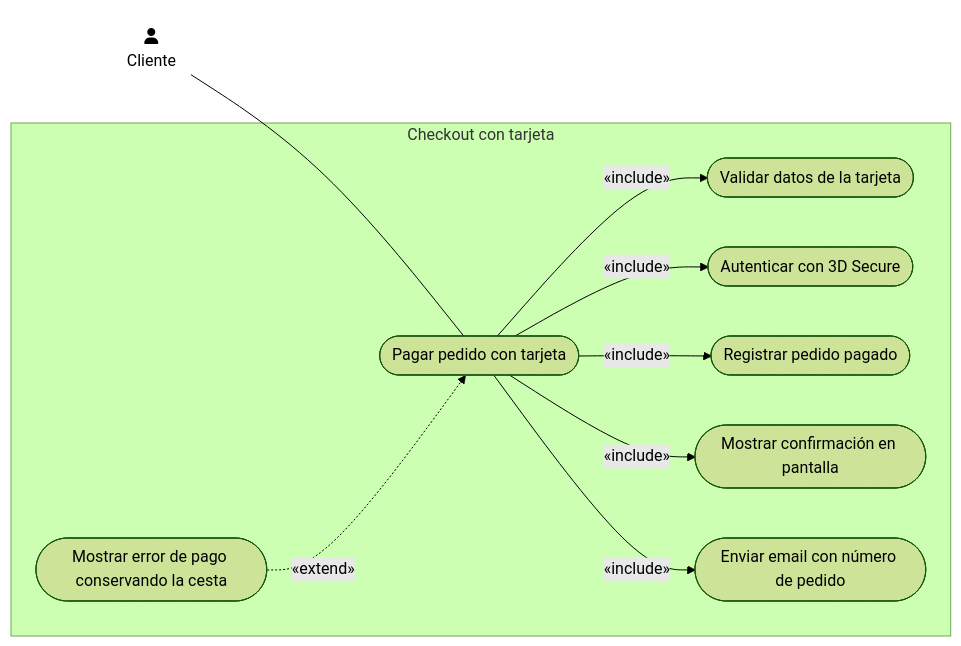
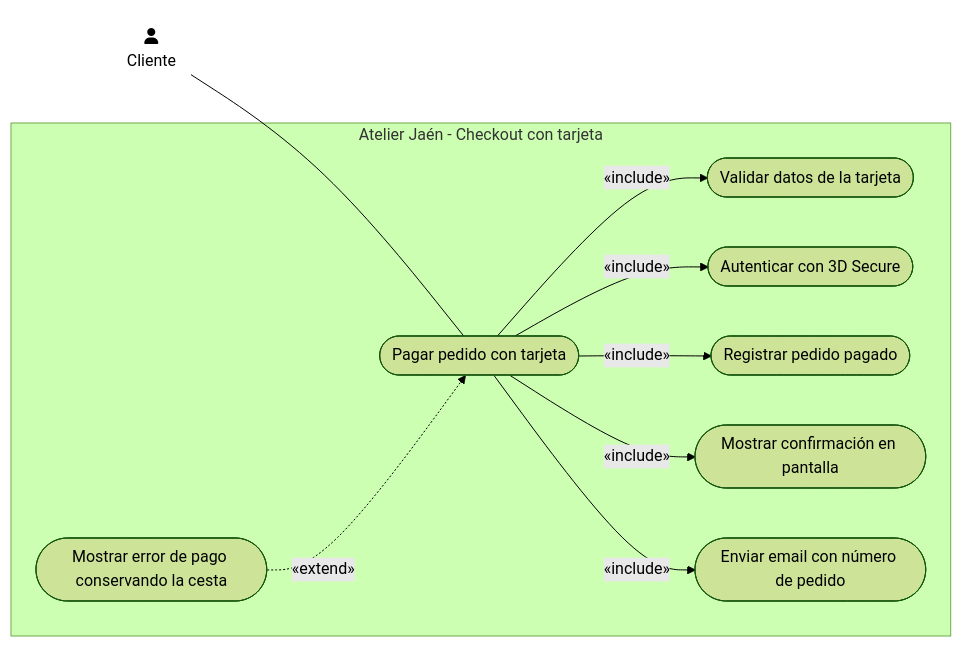
The diagram in Practica3_G11_LaTeX/codigo/cu_us04.mmd (ajgarciarias10/PR3GPS), drawn with Mermaid (forest theme) before and after one commit. The commit also changed 42 other files, not shown here.

```diff
--- a/Practica3_G11_LaTeX/codigo/cu_us04.mmd
+++ b/Practica3_G11_LaTeX/codigo/cu_us04.mmd
@@ -1,19 +1,24 @@
 flowchart LR
-    subgraph SB4 ["Checkout con tarjeta"]
+    Cliente("fa:fa-user<br>Cliente")
+
+    subgraph SB4 ["Atelier Jaén - Checkout con tarjeta"]
         PagarTarjeta([Pagar pedido con tarjeta])
         ValidarTarjeta([Validar datos de la tarjeta])
         Autenticar3DS([Autenticar con 3D Secure])
         RegistrarPedido([Registrar pedido pagado])
         ConfirmarPantalla([Mostrar confirmación en pantalla])
         EnviarEmail([Enviar email con número de pedido])
         ErrorPago([Mostrar error de pago conservando la cesta])
     end
-    Cliente("fa:fa-user<br>Cliente") --- PagarTarjeta
+
+    Cliente --- PagarTarjeta
+
     PagarTarjeta -->|«include»| ValidarTarjeta
     PagarTarjeta -->|«include»| Autenticar3DS
     PagarTarjeta -->|«include»| RegistrarPedido
     PagarTarjeta -->|«include»| ConfirmarPantalla
     PagarTarjeta -->|«include»| EnviarEmail
     ErrorPago -.->|«extend»| PagarTarjeta
+
     classDef actor fill:none,stroke:none;
     class Cliente actor;
```
